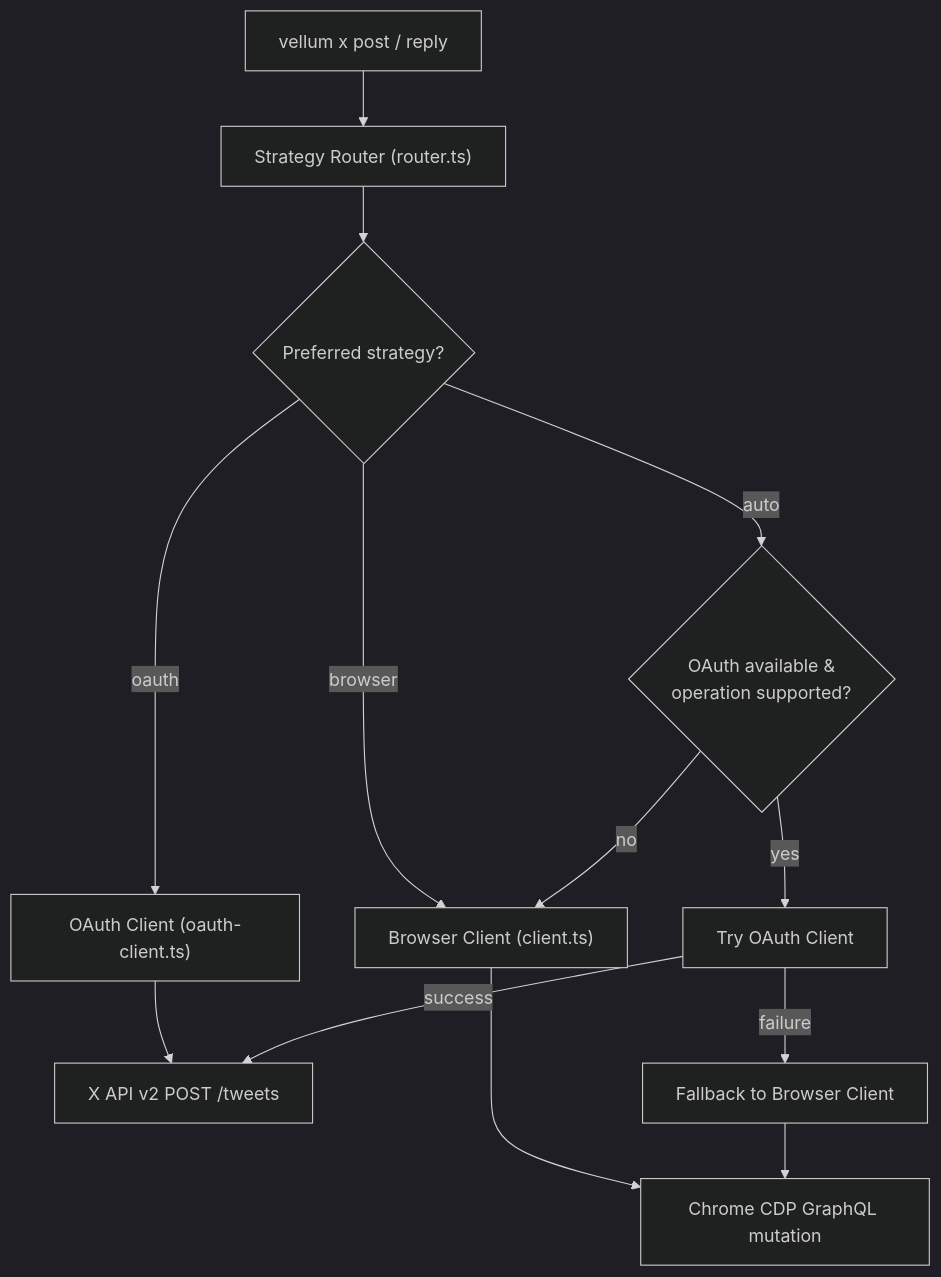
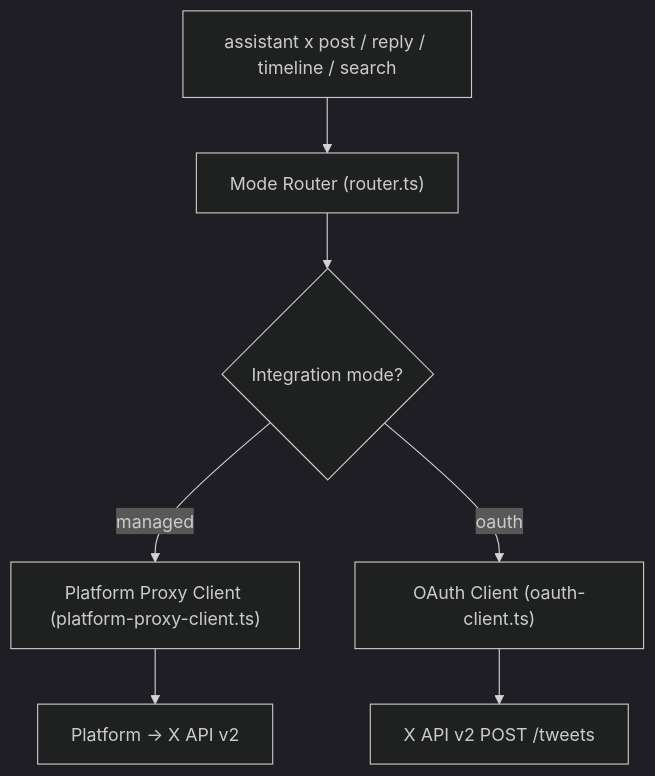
One commit to vellum-ai/vellum-assistant changed the fourth of 10 diagrams in assistant/docs/architecture/integrations.md. Above: the diagram before and after it, drawn with Mermaid (dark theme). The commit also changed other lines of this file, not shown here.

Commit message:
fix: update integrations.md for strategy-less Twitter model

````diff
--- a/assistant/docs/architecture/integrations.md
+++ b/assistant/docs/architecture/integrations.md
@@ -191,18 +191,11 @@
 ```mermaid
 flowchart TD
-    CLI["vellum x post / reply"] --> Router["Strategy Router (router.ts)"]
-    Router --> StratCheck{Preferred strategy?}
+    CLI["assistant x post / reply / timeline / search"] --> Router["Mode Router (router.ts)"]
+    Router --> ModeCheck{Integration mode?}
 
-    StratCheck -->|oauth| OAuthOnly["OAuth Client (oauth-client.ts)"]
-    OAuthOnly --> XAPI["X API v2 POST /tweets"]
+    ModeCheck -->|managed| ManagedPath["Platform Proxy Client (platform-proxy-client.ts)"]
+    ManagedPath --> PlatformAPI["Platform → X API v2"]
 
-    StratCheck -->|browser| BrowserOnly["Browser Client (client.ts)"]
-    BrowserOnly --> CDP["Chrome CDP GraphQL mutation"]
-
-    StratCheck -->|auto| AutoCheck{"OAuth available &\noperation supported?"}
-    AutoCheck -->|yes| TryOAuth["Try OAuth Client"]
-    TryOAuth -->|success| XAPI
-    TryOAuth -->|failure| Fallback["Fallback to Browser Client"]
-    Fallback --> CDP
-    AutoCheck -->|no| BrowserOnly
+    ModeCheck -->|oauth| OAuthPath["OAuth Client (oauth-client.ts)"]
+    OAuthPath --> XAPI["X API v2 POST /tweets"]
 ```
````
